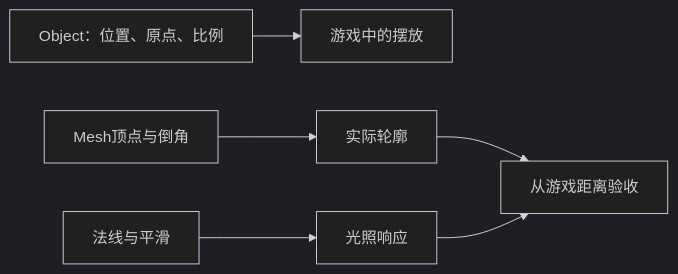
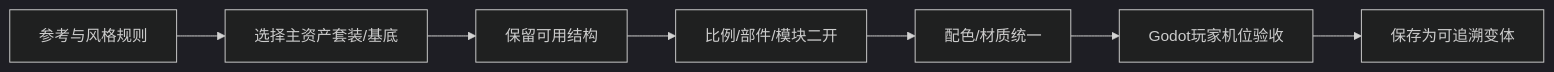
One commit to Zilur/ai-3d-game-learning changed the diagram in curriculum/dialogues/D01.md. Above: the diagram before and after it, drawn with Mermaid (dark theme). The commit also changed other lines of this file and 57 other files, not shown here.

````diff
--- a/curriculum/dialogues/D01.md
+++ b/curriculum/dialogues/D01.md
@@ -27,8 +27,9 @@
 ```mermaid
 flowchart LR
- O["Object：位置、原点、比例"] --> S["游戏中的摆放"]
- G["Mesh顶点与倒角"] --> L["实际轮廓"]
- N["法线与平滑"] --> H["光照响应"]
- L --> Q["从游戏距离验收"]
- H --> Q
+  R["参考与风格规则"] --> K["选择主资产套装/基底"]
+  K --> B["保留可用结构"]
+  B --> M["比例/部件/模块二开"]
+  M --> P["配色/材质统一"]
+  P --> G["Godot玩家机位验收"]
+  G --> L["保存为可追溯变体"]
 ```
````
